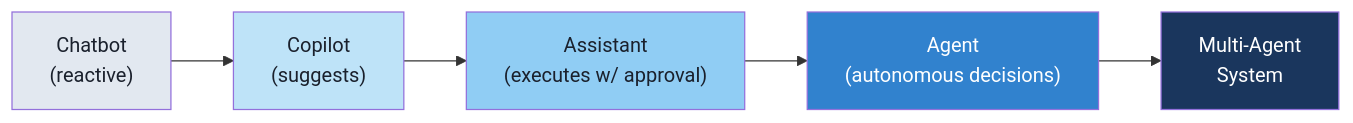
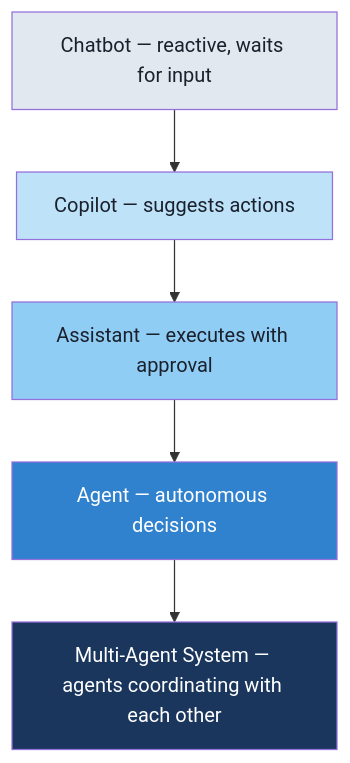
The first of 5 diagrams in module-1-foundations/curriculum.md (moltbot47/agentic-ai-course), drawn with Mermaid before and after one commit. The commit also changed 1 other file, not shown here.

Commit message:
Fix autonomy spectrum — switch to vertical layout for readability
5 boxes in a horizontal row made each box too small to read.
Switched to top-down (TD) layout so each box gets full width
with descriptive labels.

````diff
--- a/module-1-foundations/curriculum.md
+++ b/module-1-foundations/curriculum.md
@@ -16,12 +16,12 @@
 ```mermaid
-flowchart LR
-    A["Chatbot\n(reactive)"] --> B["Copilot\n(suggests)"]
-    B --> C["Assistant\n(executes w/ approval)"]
-    C --> D["Agent\n(autonomous decisions)"]
-    D --> E["Multi-Agent\nSystem"]
+flowchart TD
+    A["Chatbot — reactive, waits for input"] --> B["Copilot — suggests actions"]
+    B --> C["Assistant — executes with approval"]
+    C --> D["Agent — autonomous decisions"]
+    D --> E["Multi-Agent System — agents coordinating with each other"]
     style A fill:#e2e8f0,color:#1a202c
     style B fill:#bee3f8,color:#1a202c
     style C fill:#90cdf4,color:#1a202c
     style D fill:#3182ce,color:#fff
     style E fill:#1a365d,color:#fff
 ```
````
